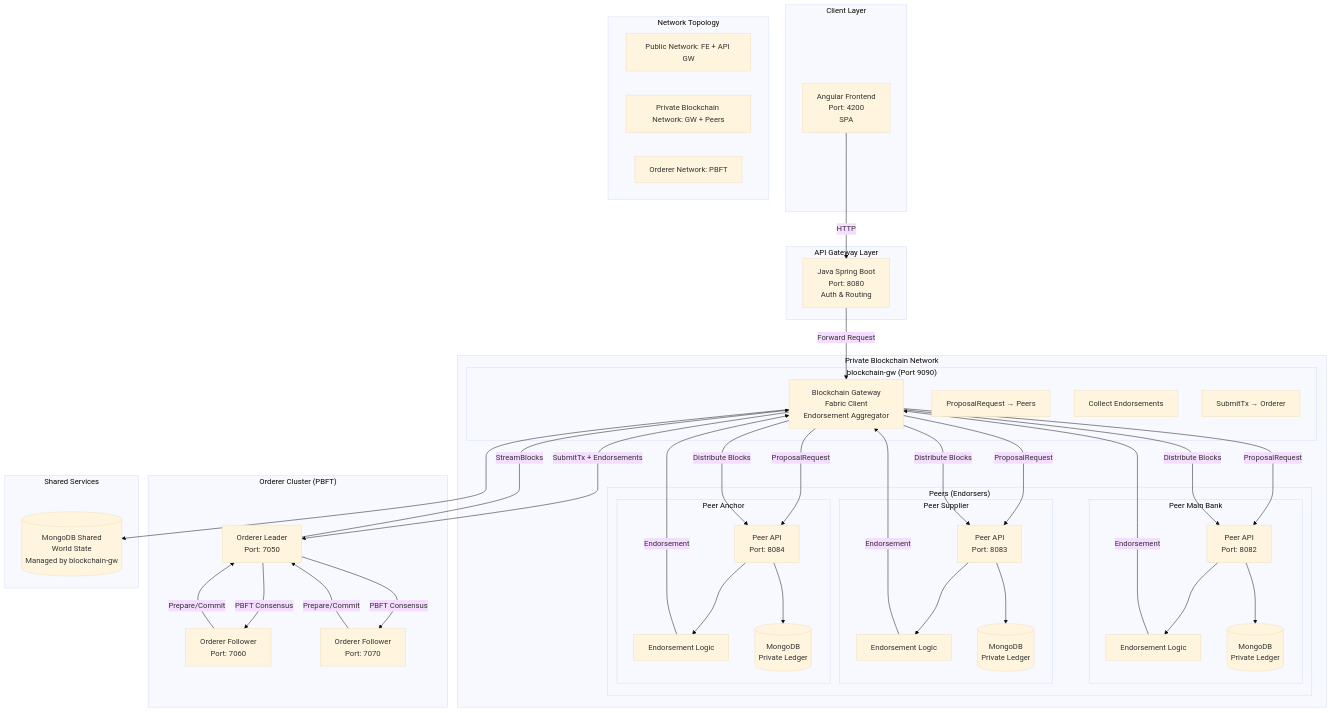
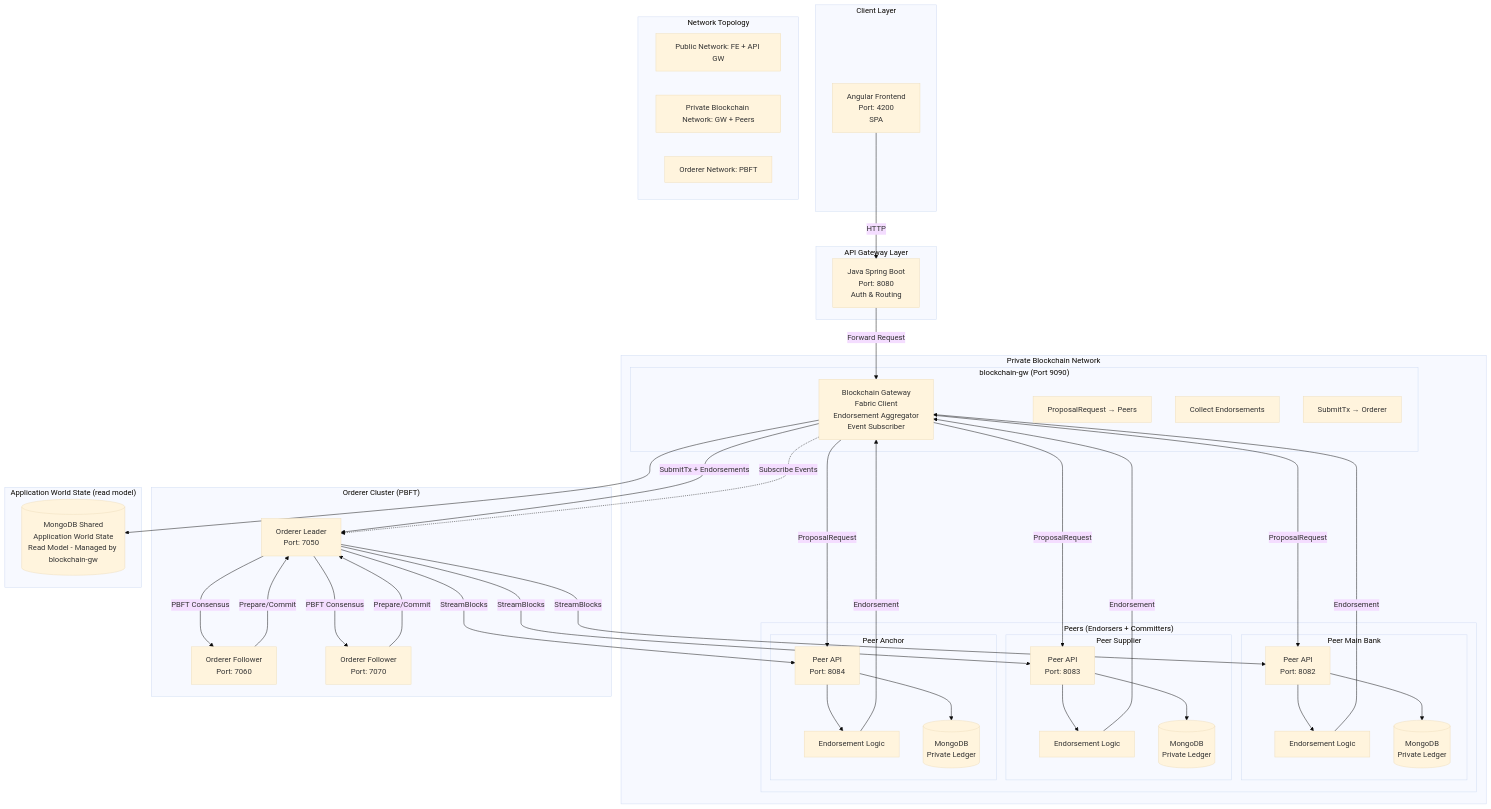
Before and after one commit to trunghc97/blockchain: the first of 7 diagrams in SYSTEM_DIAGRAM.md, drawn with Mermaid (base theme). The commit also changed other lines of this file and 1 other file, not shown here.

```diff
--- a/SYSTEM_DIAGRAM.md
+++ b/SYSTEM_DIAGRAM.md
@@ -177,13 +180,13 @@
 
     subgraph "Private Blockchain Network"
         subgraph "blockchain-gw (Port 9090)"
-            GW[Blockchain Gateway<br/>Fabric Client<br/>Endorsement Aggregator]
+            GW[Blockchain Gateway<br/>Fabric Client<br/>Endorsement Aggregator<br/>Event Subscriber]
             PROPOSAL[ProposalRequest → Peers]
             COLLECT[Collect Endorsements]
             SUBMIT[SubmitTx → Orderer]
         end
 
-        subgraph "Peers (Endorsers)"
+        subgraph "Peers (Endorsers + Committers)"
             subgraph "Peer Main Bank"
                 MB_API[Peer API<br/>Port: 8082]
                 MB_ENDORSE[Endorsement Logic]
@@ -210,8 +213,8 @@
         ORD3[Orderer Follower<br/>Port: 7070]
     end
 
-    subgraph "Shared Services"
-        SHARED_DB[(MongoDB Shared<br/>World State<br/>Managed by blockchain-gw)]
+    subgraph "Application World State (read model)"
+        SHARED_DB[(MongoDB Shared<br/>Application World State<br/>Read Model - Managed by blockchain-gw)]
     end
 
     subgraph "Network Topology"
@@ -240,10 +243,10 @@
     ORD2 -->|Prepare/Commit| ORD1
     ORD3 -->|Prepare/Commit| ORD1
 
-    ORD1 -->|StreamBlocks| GW
-    GW -->|Distribute Blocks| MB_API
-    GW -->|Distribute Blocks| SUP_API
-    GW -->|Distribute Blocks| ANC_API
+    ORD1 -->|StreamBlocks| MB_API
+    ORD1 -->|StreamBlocks| SUP_API
+    ORD1 -->|StreamBlocks| ANC_API
+    GW -.->|Subscribe Events| ORD1
 
     MB_API --> MB_DB
     SUP_API --> SUP_DB
```
